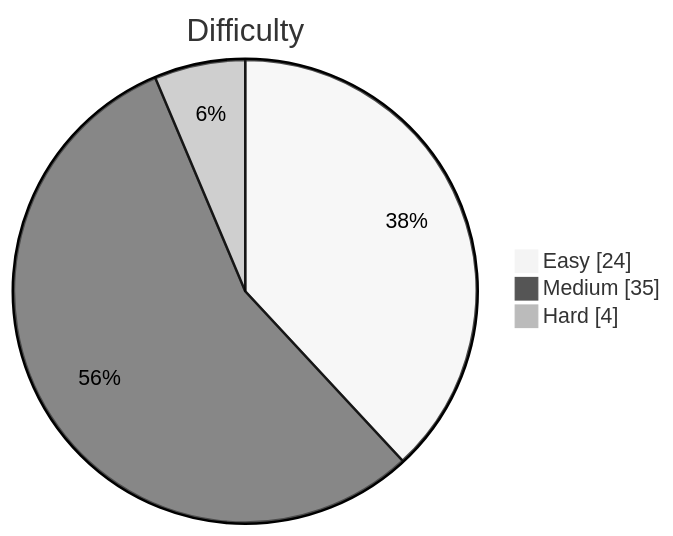
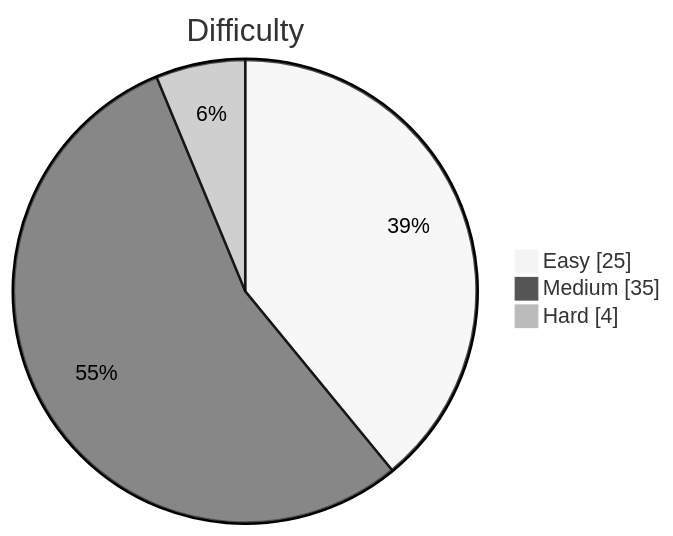
The diagram in README.md (kevstevie/python-algo-practice), drawn with Mermaid (neutral theme) before and after one commit. The commit also changed other lines of this file, not shown here.

````diff
--- a/README.md
+++ b/README.md
@@ -13,7 +13,7 @@
 ```mermaid
 pie showData
     title Difficulty
-    "Easy"   : 24
+    "Easy"   : 25
     "Medium" : 35
     "Hard"   : 4
 ```
````
